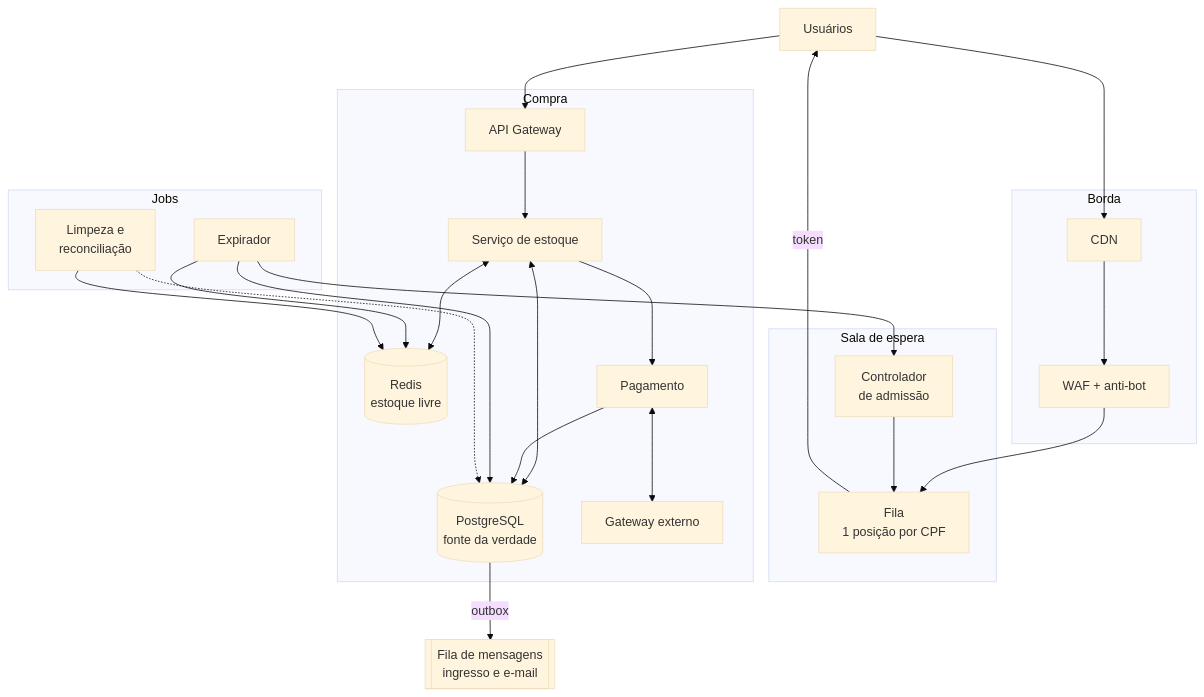
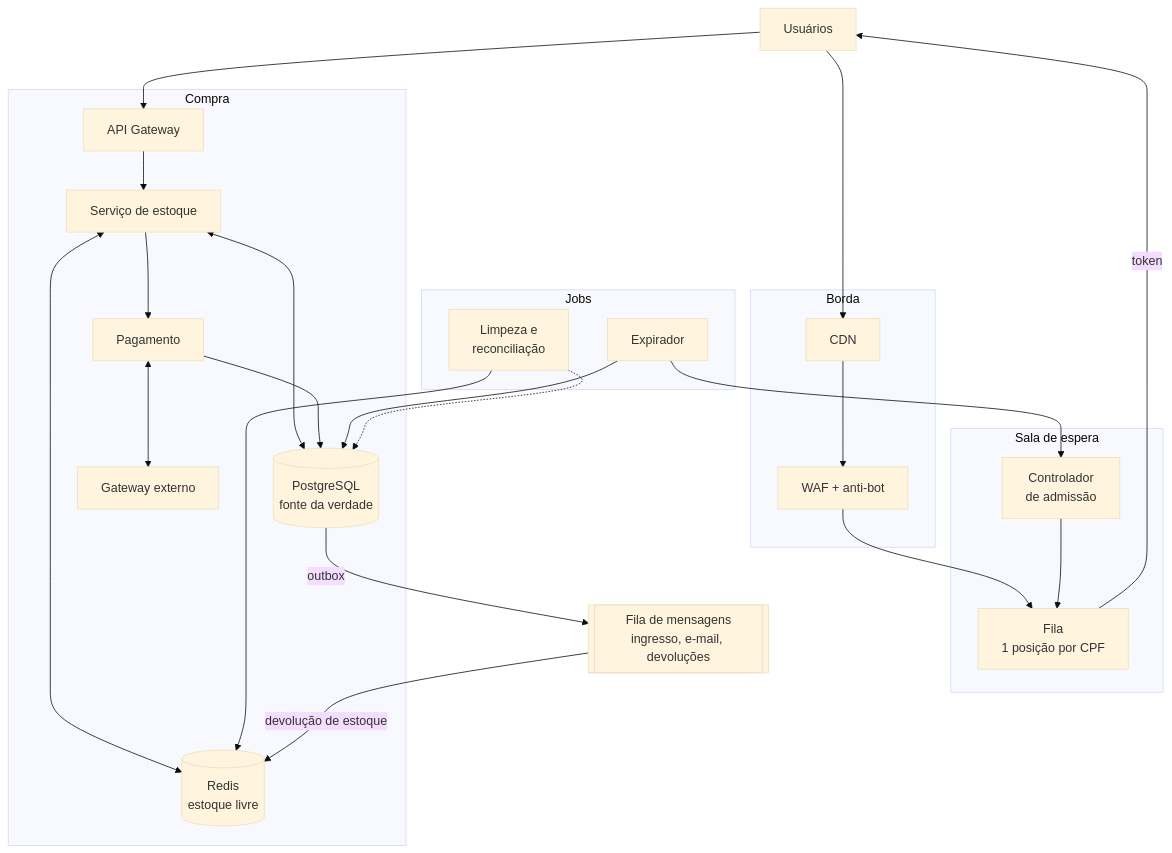
Before and after one commit to viniciusnau/rock-in-rio-ticketing-architecture: the first of 3 diagrams in README.md, drawn with Mermaid (base theme). The commit also changed other lines of this file, not shown here.

Commit message:
Add per-CPF limit, capture state and failure recovery to architecture

````diff
--- a/README.md
+++ b/README.md
@@ -15,45 +15,45 @@
 ```mermaid
 flowchart TB
     U["Usuários"]
 
     subgraph EDGE["Borda"]
         CDN["CDN"]
         WAF["WAF + anti-bot"]
     end
 
     subgraph QUEUE["Sala de espera"]
         WR["Fila<br/>1 posição por CPF"]
         ADM["Controlador<br/>de admissão"]
     end
 
     subgraph CORE["Compra"]
         GW["API Gateway"]
         INV["Serviço de estoque"]
         RS[("Redis<br/>estoque livre")]
         DB[("PostgreSQL<br/>fonte da verdade")]
         PAY["Pagamento"]
         PSP["Gateway externo"]
     end
 
     subgraph JOBS["Jobs"]
         EXP["Expirador"]
         REC["Limpeza e<br/>reconciliação"]
     end
 
-    MQ[["Fila de mensagens<br/>ingresso e e-mail"]]
+    MQ[["Fila de mensagens<br/>ingresso, e-mail, devoluções"]]
 
     U --> CDN --> WAF --> WR
     ADM --> WR
     WR -- "token" --> U
     U --> GW --> INV
     INV <--> RS
     INV <--> DB
     INV --> PAY <--> PSP
     PAY --> DB
     EXP --> DB
-    EXP --> RS
     EXP --> ADM
     REC --> RS
     REC -.-> DB
     DB -- "outbox" --> MQ
+    MQ -- "devolução de estoque" --> RS
 ```
````
